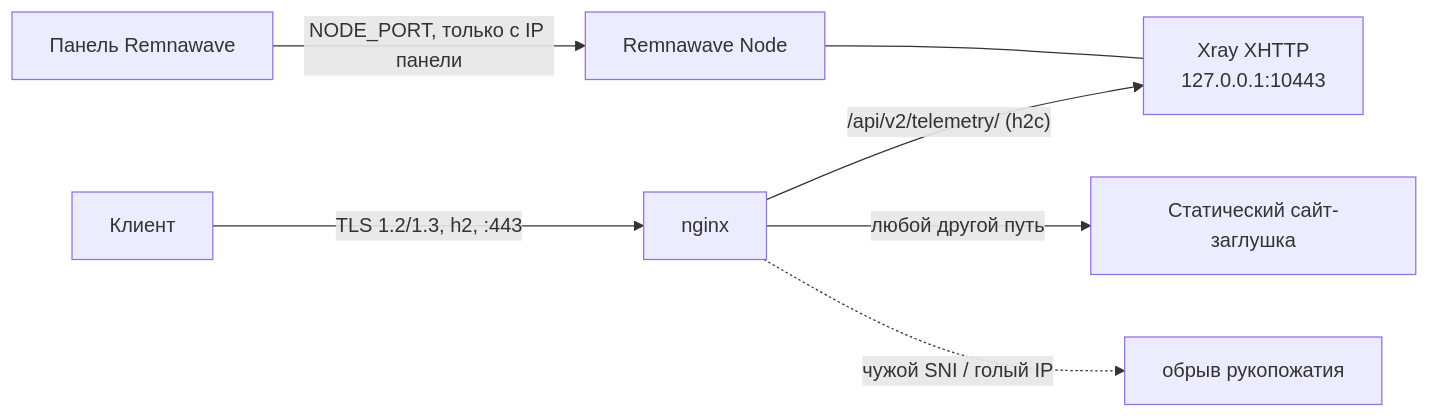
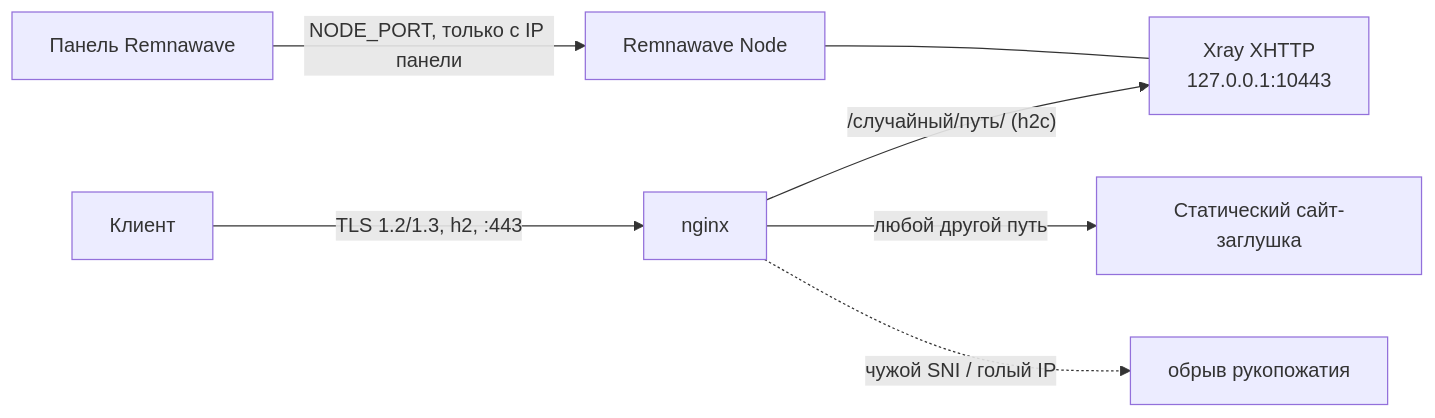
Before and after one commit to goji-app/goji-node-setup: the diagram in README.md, drawn with Mermaid. The commit also changed other lines of this file and 3 other files, not shown here.

````diff
--- a/README.md
+++ b/README.md
@@ -39,9 +39,9 @@
 ```mermaid
 flowchart LR
     C[Клиент] -- "TLS 1.2/1.3, h2, :443" --> N[nginx]
-    N -- "/api/v2/telemetry/  (h2c)" --> X["Xray XHTTP<br/>127.0.0.1:10443"]
+    N -- "/случайный/путь/  (h2c)" --> X["Xray XHTTP<br/>127.0.0.1:10443"]
     N -- "любой другой путь" --> S[Статический сайт-заглушка]
     N -. "чужой SNI / голый IP" .-> D[обрыв рукопожатия]
     P[Панель Remnawave] -- "NODE_PORT, только с IP панели" --> R[Remnawave Node]
     R --- X
 ```
````
